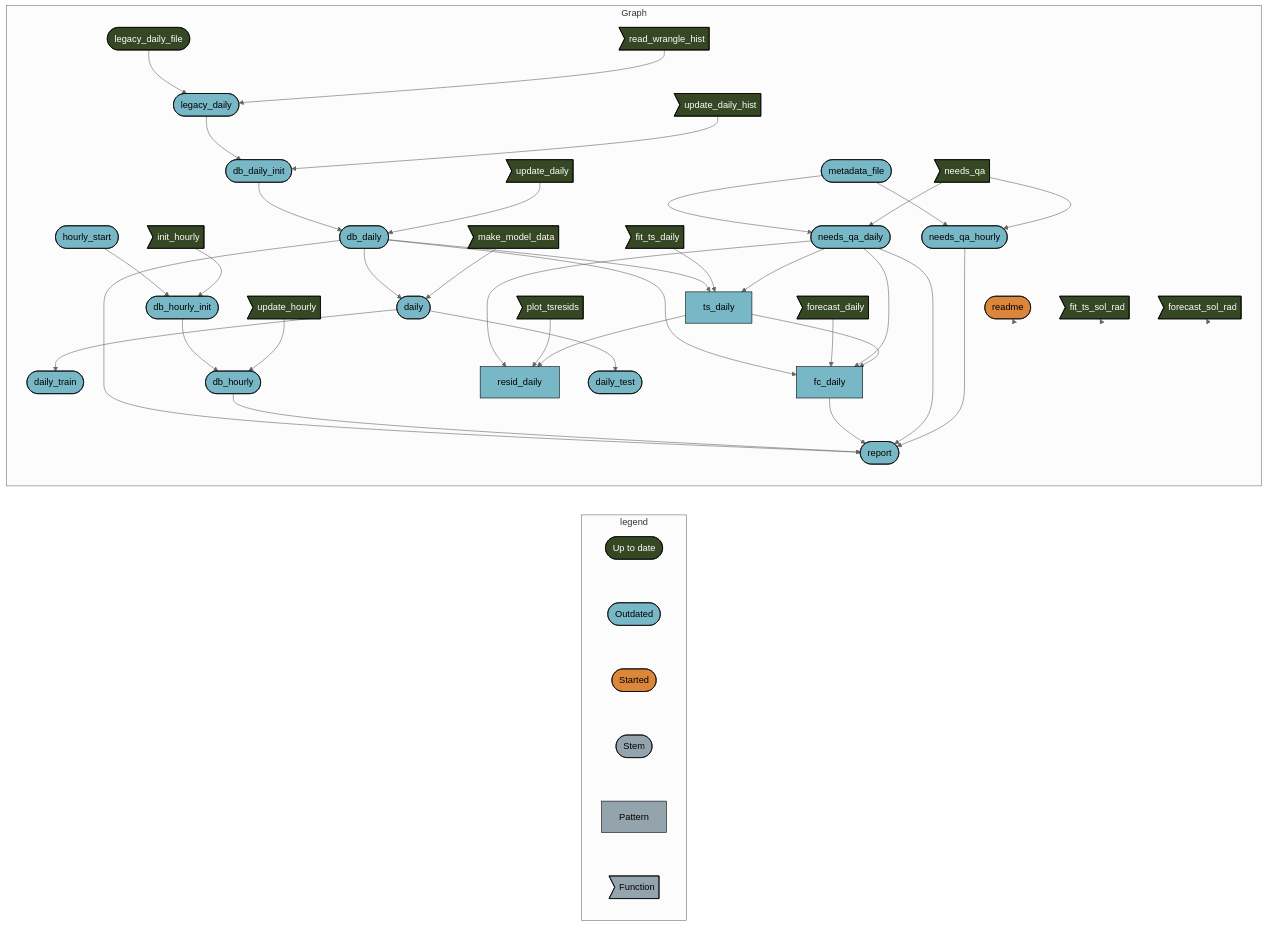
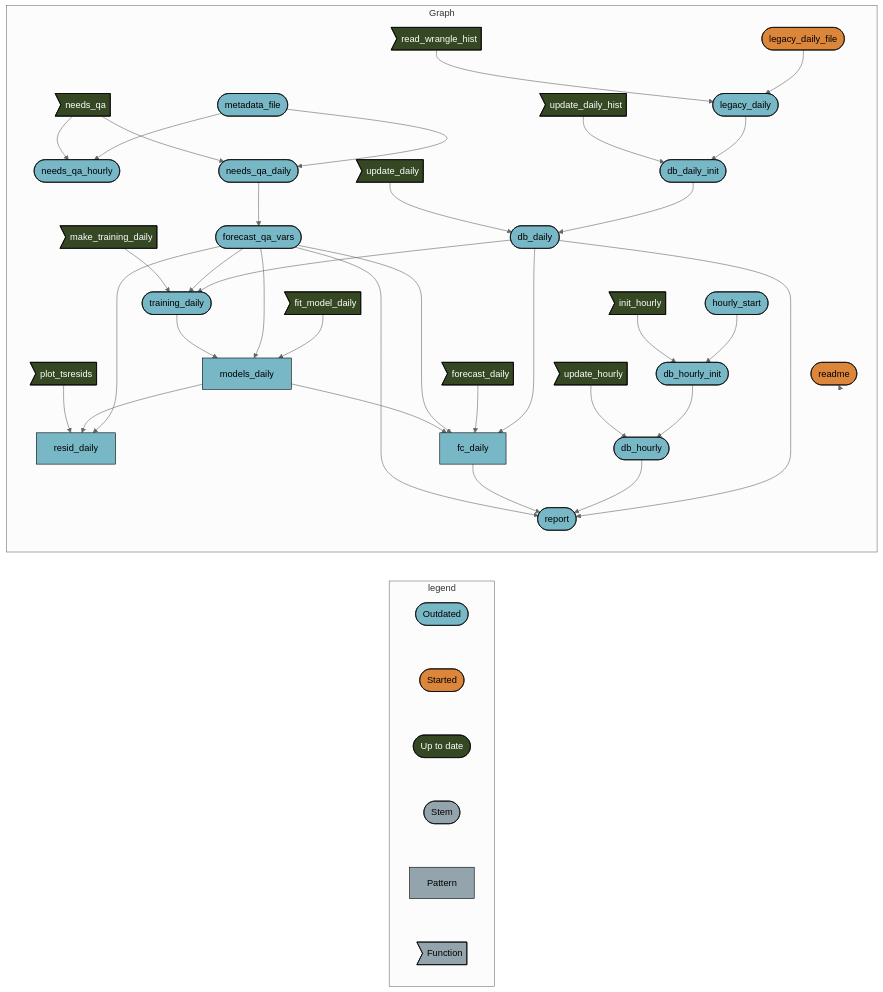
One commit to uace-azmet/azmet-forecast-qa changed the diagram in README.md. Above: the diagram before and after it, drawn with Mermaid (neutral theme). The commit also changed 16 other files, not shown here.

````diff
--- a/README.md
+++ b/README.md
@@ -31,60 +31,55 @@
 ``` mermaid
 graph LR
   subgraph legend
-    x7420bd9270f8d27d([""Up to date""]):::uptodate --- x0a52b03877696646([""Outdated""]):::outdated
     x0a52b03877696646([""Outdated""]):::outdated --- x5b3426b4c7fa7dbc([""Started""]):::started
-    x5b3426b4c7fa7dbc([""Started""]):::started --- xbf4603d6c2c2ad6b([""Stem""]):::none
+    x5b3426b4c7fa7dbc([""Started""]):::started --- x7420bd9270f8d27d([""Up to date""]):::uptodate
+    x7420bd9270f8d27d([""Up to date""]):::uptodate --- xbf4603d6c2c2ad6b([""Stem""]):::none
     xbf4603d6c2c2ad6b([""Stem""]):::none --- x70a5fa6bea6f298d[""Pattern""]:::none
     x70a5fa6bea6f298d[""Pattern""]:::none --- xf0bce276fe2b9d3e>""Function""]:::none
   end
   subgraph Graph
-    x6233d5fdb54d5242(["daily"]):::outdated --> x9a0acd6e842eb2f0(["daily_train"]):::outdated
-    xff9b736edef41c8b(["legacy_daily"]):::outdated --> x1cab041545db0886(["db_daily_init"]):::outdated
-    x8b3096a190996662>"update_daily_hist"]:::uptodate --> x1cab041545db0886(["db_daily_init"]):::outdated
+    x3d7b2a2ab5636113(["metadata_file"]):::outdated --> xac2ac35653724b54(["needs_qa_hourly"]):::outdated
+    x06ab7116eed66f15>"needs_qa"]:::uptodate --> xac2ac35653724b54(["needs_qa_hourly"]):::outdated
+    x44bd6feeb3fb18b4(["db_daily"]):::outdated --> x2c1f6f5234e92642(["training_daily"]):::outdated
+    x601d3b0e7d261371(["forecast_qa_vars"]):::outdated --> x2c1f6f5234e92642(["training_daily"]):::outdated
+    xe87583f9b9d152fa>"make_training_daily"]:::uptodate --> x2c1f6f5234e92642(["training_daily"]):::outdated
+    x601d3b0e7d261371(["forecast_qa_vars"]):::outdated --> x0bb4ecca77d3d4a0["resid_daily"]:::outdated
+    x4d3c4dcfeadc796d["models_daily"]:::outdated --> x0bb4ecca77d3d4a0["resid_daily"]:::outdated
+    x10e889bcd8b0fd60>"plot_tsresids"]:::uptodate --> x0bb4ecca77d3d4a0["resid_daily"]:::outdated
+    x1920bdb737e11d2e(["legacy_daily_file"]):::started --> xff9b736edef41c8b(["legacy_daily"]):::outdated
+    x842666df821db265>"read_wrangle_hist"]:::uptodate --> xff9b736edef41c8b(["legacy_daily"]):::outdated
+    x1f5572089e80d919>"fit_model_daily"]:::uptodate --> x4d3c4dcfeadc796d["models_daily"]:::outdated
+    x601d3b0e7d261371(["forecast_qa_vars"]):::outdated --> x4d3c4dcfeadc796d["models_daily"]:::outdated
+    x2c1f6f5234e92642(["training_daily"]):::outdated --> x4d3c4dcfeadc796d["models_daily"]:::outdated
+    x3d7b2a2ab5636113(["metadata_file"]):::outdated --> xdfae9ea4e5207cef(["needs_qa_daily"]):::outdated
+    x06ab7116eed66f15>"needs_qa"]:::uptodate --> xdfae9ea4e5207cef(["needs_qa_daily"]):::outdated
+    x44bd6feeb3fb18b4(["db_daily"]):::outdated --> xdd96ec4b0bb5ab6b["fc_daily"]:::outdated
+    x4bc7352f98499683>"forecast_daily"]:::uptodate --> xdd96ec4b0bb5ab6b["fc_daily"]:::outdated
+    x601d3b0e7d261371(["forecast_qa_vars"]):::outdated --> xdd96ec4b0bb5ab6b["fc_daily"]:::outdated
+    x4d3c4dcfeadc796d["models_daily"]:::outdated --> xdd96ec4b0bb5ab6b["fc_daily"]:::outdated
+    xba07353683c5dbf8(["db_hourly_init"]):::outdated --> xf4a7af7aeef4f182(["db_hourly"]):::outdated
+    x967af66f8b51e317>"update_hourly"]:::uptodate --> xf4a7af7aeef4f182(["db_hourly"]):::outdated
+    xdfae9ea4e5207cef(["needs_qa_daily"]):::outdated --> x601d3b0e7d261371(["forecast_qa_vars"]):::outdated
     x44bd6feeb3fb18b4(["db_daily"]):::outdated --> xe0fba61fbc506510(["report"]):::outdated
     xf4a7af7aeef4f182(["db_hourly"]):::outdated --> xe0fba61fbc506510(["report"]):::outdated
     xdd96ec4b0bb5ab6b["fc_daily"]:::outdated --> xe0fba61fbc506510(["report"]):::outdated
-    xdfae9ea4e5207cef(["needs_qa_daily"]):::outdated --> xe0fba61fbc506510(["report"]):::outdated
-    xac2ac35653724b54(["needs_qa_hourly"]):::outdated --> xe0fba61fbc506510(["report"]):::outdated
-    x44bd6feeb3fb18b4(["db_daily"]):::outdated --> x6233d5fdb54d5242(["daily"]):::outdated
-    x5618af51994d1c2d>"make_model_data"]:::uptodate --> x6233d5fdb54d5242(["daily"]):::outdated
-    x44bd6feeb3fb18b4(["db_daily"]):::outdated --> xdd96ec4b0bb5ab6b["fc_daily"]:::outdated
-    x4bc7352f98499683>"forecast_daily"]:::uptodate --> xdd96ec4b0bb5ab6b["fc_daily"]:::outdated
-    xdfae9ea4e5207cef(["needs_qa_daily"]):::outdated --> xdd96ec4b0bb5ab6b["fc_daily"]:::outdated
-    x8ce8b31c737a2473["ts_daily"]:::outdated --> xdd96ec4b0bb5ab6b["fc_daily"]:::outdated
+    x601d3b0e7d261371(["forecast_qa_vars"]):::outdated --> xe0fba61fbc506510(["report"]):::outdated
+    xff9b736edef41c8b(["legacy_daily"]):::outdated --> x1cab041545db0886(["db_daily_init"]):::outdated
+    x8b3096a190996662>"update_daily_hist"]:::uptodate --> x1cab041545db0886(["db_daily_init"]):::outdated
     xd1a6dd314cda4831(["hourly_start"]):::outdated --> xba07353683c5dbf8(["db_hourly_init"]):::outdated
     x7a5743c959c496f9>"init_hourly"]:::uptodate --> xba07353683c5dbf8(["db_hourly_init"]):::outdated
     x1cab041545db0886(["db_daily_init"]):::outdated --> x44bd6feeb3fb18b4(["db_daily"]):::outdated
     xed180ed90a78526a>"update_daily"]:::uptodate --> x44bd6feeb3fb18b4(["db_daily"]):::outdated
-    x1920bdb737e11d2e(["legacy_daily_file"]):::uptodate --> xff9b736edef41c8b(["legacy_daily"]):::outdated
-    x842666df821db265>"read_wrangle_hist"]:::uptodate --> xff9b736edef41c8b(["legacy_daily"]):::outdated
-    xdfae9ea4e5207cef(["needs_qa_daily"]):::outdated --> x0bb4ecca77d3d4a0["resid_daily"]:::outdated
-    x10e889bcd8b0fd60>"plot_tsresids"]:::uptodate --> x0bb4ecca77d3d4a0["resid_daily"]:::outdated
-    x8ce8b31c737a2473["ts_daily"]:::outdated --> x0bb4ecca77d3d4a0["resid_daily"]:::outdated
-    x44bd6feeb3fb18b4(["db_daily"]):::outdated --> x8ce8b31c737a2473["ts_daily"]:::outdated
-    x4db87fff7f74933b>"fit_ts_daily"]:::uptodate --> x8ce8b31c737a2473["ts_daily"]:::outdated
-    xdfae9ea4e5207cef(["needs_qa_daily"]):::outdated --> x8ce8b31c737a2473["ts_daily"]:::outdated
-    x3d7b2a2ab5636113(["metadata_file"]):::outdated --> xdfae9ea4e5207cef(["needs_qa_daily"]):::outdated
-    x06ab7116eed66f15>"needs_qa"]:::uptodate --> xdfae9ea4e5207cef(["needs_qa_daily"]):::outdated
-    xba07353683c5dbf8(["db_hourly_init"]):::outdated --> xf4a7af7aeef4f182(["db_hourly"]):::outdated
-    x967af66f8b51e317>"update_hourly"]:::uptodate --> xf4a7af7aeef4f182(["db_hourly"]):::outdated
-    x3d7b2a2ab5636113(["metadata_file"]):::outdated --> xac2ac35653724b54(["needs_qa_hourly"]):::outdated
-    x06ab7116eed66f15>"needs_qa"]:::uptodate --> xac2ac35653724b54(["needs_qa_hourly"]):::outdated
-    x6233d5fdb54d5242(["daily"]):::outdated --> x7b318303b239462b(["daily_test"]):::outdated
     x6e52cb0f1668cc22(["readme"]):::started --> x6e52cb0f1668cc22(["readme"]):::started
-    xcc4a333b0a3d9708>"fit_ts_sol_rad"]:::uptodate --> xcc4a333b0a3d9708>"fit_ts_sol_rad"]:::uptodate
-    x9b63e5b64de3fce2>"forecast_sol_rad"]:::uptodate --> x9b63e5b64de3fce2>"forecast_sol_rad"]:::uptodate
   end
-  classDef uptodate stroke:#000000,color:#ffffff,fill:#354823;
   classDef outdated stroke:#000000,color:#000000,fill:#78B7C5;
   classDef started stroke:#000000,color:#000000,fill:#DC863B;
+  classDef uptodate stroke:#000000,color:#ffffff,fill:#354823;
   classDef none stroke:#000000,color:#000000,fill:#94a4ac;
   linkStyle 0 stroke-width:0px;
   linkStyle 1 stroke-width:0px;
   linkStyle 2 stroke-width:0px;
   linkStyle 3 stroke-width:0px;
   linkStyle 4 stroke-width:0px;
-  linkStyle 38 stroke-width:0px;
-  linkStyle 39 stroke-width:0px;
-  linkStyle 40 stroke-width:0px;
+  linkStyle 37 stroke-width:0px;
 ```
````
